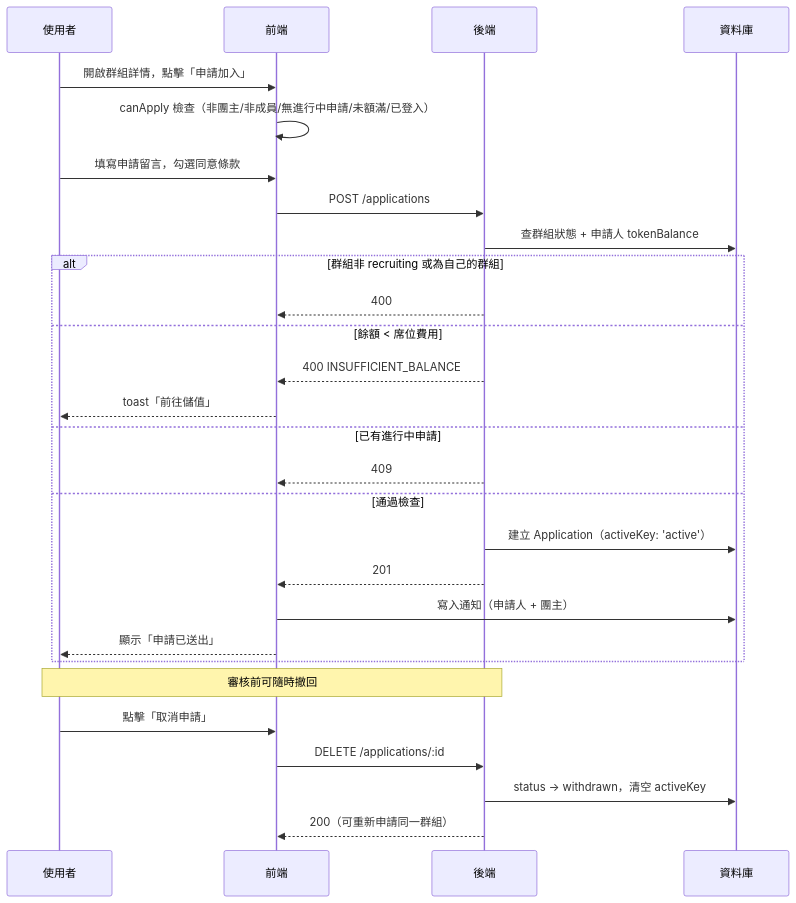
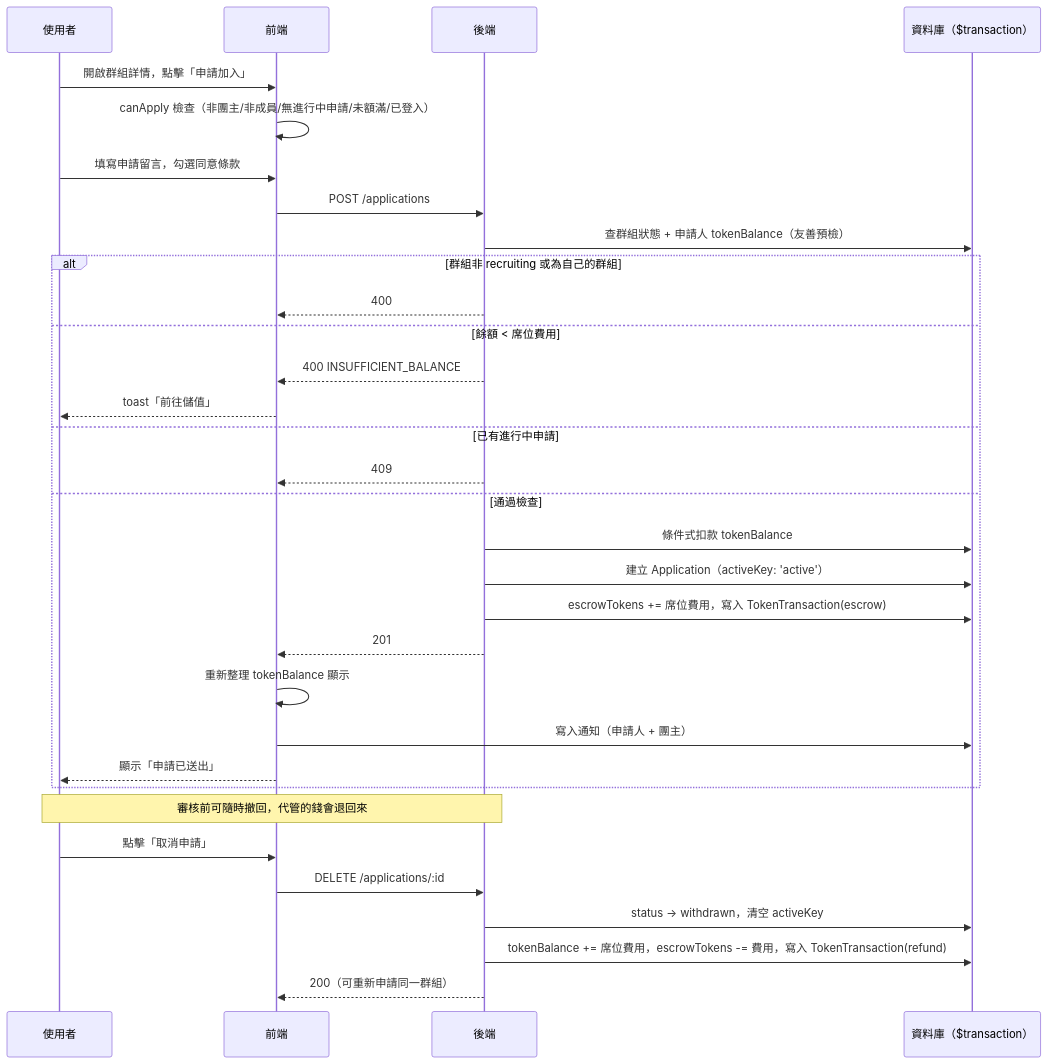
One commit to s1092055/PartyMatch changed the diagram in docs/flows/apply-join-flow.md. Above: the diagram before and after it, drawn with Mermaid. The commit also changed other lines of this file and 20 other files, not shown here.

````diff
--- a/docs/flows/apply-join-flow.md
+++ b/docs/flows/apply-join-flow.md
@@ -8,32 +8,36 @@
 ```mermaid
 sequenceDiagram
     participant U as 使用者
     participant FE as 前端
     participant BE as 後端
-    participant DB as 資料庫
+    participant DB as 資料庫（$transaction）
 
     U->>FE: 開啟群組詳情，點擊「申請加入」
     FE->>FE: canApply 檢查（非團主/非成員/無進行中申請/未額滿/已登入）
     U->>FE: 填寫申請留言，勾選同意條款
     FE->>BE: POST /applications
-    BE->>DB: 查群組狀態 + 申請人 tokenBalance
+    BE->>DB: 查群組狀態 + 申請人 tokenBalance（友善預檢）
     alt 群組非 recruiting 或為自己的群組
         BE-->>FE: 400
     else 餘額 < 席位費用
         BE-->>FE: 400 INSUFFICIENT_BALANCE
         FE-->>U: toast「前往儲值」
     else 已有進行中申請
         BE-->>FE: 409
     else 通過檢查
+        BE->>DB: 條件式扣款 tokenBalance
         BE->>DB: 建立 Application（activeKey: 'active'）
+        BE->>DB: escrowTokens += 席位費用，寫入 TokenTransaction(escrow)
         BE-->>FE: 201
+        FE->>FE: 重新整理 tokenBalance 顯示
         FE->>DB: 寫入通知（申請人 + 團主）
         FE-->>U: 顯示「申請已送出」
     end
 
-    Note over U,BE: 審核前可隨時撤回
+    Note over U,BE: 審核前可隨時撤回，代管的錢會退回來
     U->>FE: 點擊「取消申請」
     FE->>BE: DELETE /applications/:id
     BE->>DB: status → withdrawn，清空 activeKey
+    BE->>DB: tokenBalance += 席位費用，escrowTokens -= 費用，寫入 TokenTransaction(refund)
     BE-->>FE: 200（可重新申請同一群組）
 ```
````
